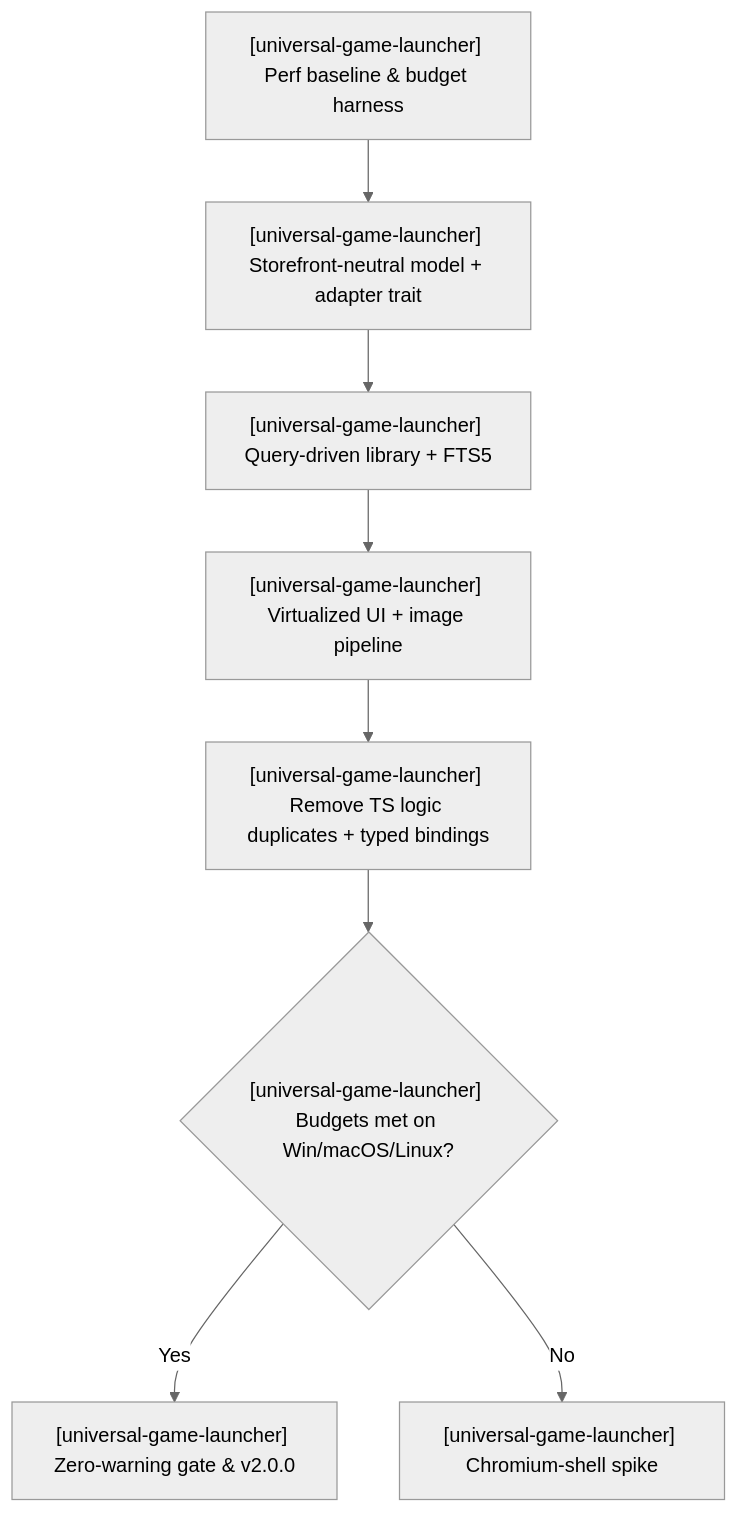
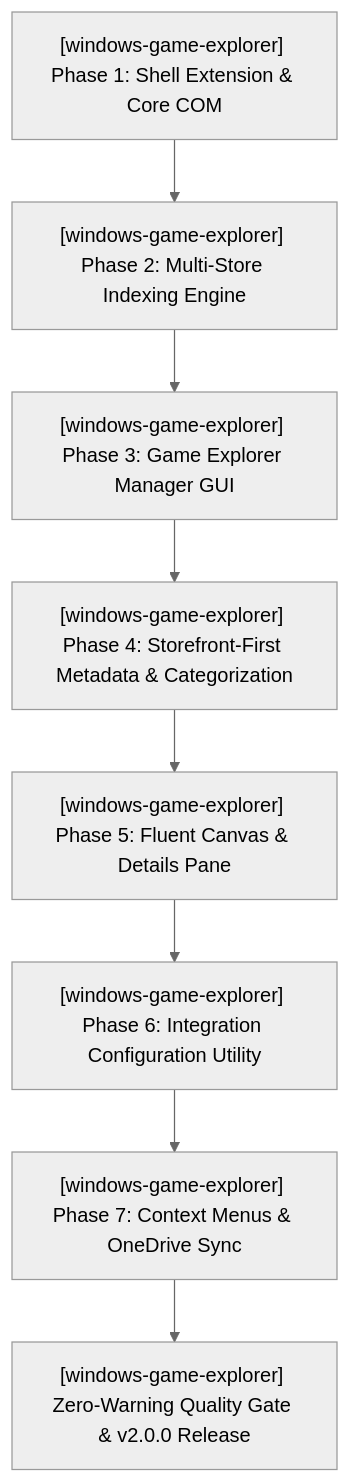
The diagram in PLAN.md (HELIX-Origin/universal-game-launcher), drawn with Mermaid (neutral theme) before and after one commit. The commit also changed other lines of this file and 263 other files, not shown here.

Commit message:
feat(core,shell,config): rebrand to Windows Game Explorer and sync v2.0 native C++20 rewrite

````diff
--- a/PLAN.md
+++ b/PLAN.md
@@ -24,10 +25,10 @@
 ```mermaid
 flowchart TD
-    T1["[universal-game-launcher] Perf baseline & budget harness"] --> T2["[universal-game-launcher] Storefront-neutral model + adapter trait"]
-    T2 --> T3["[universal-game-launcher] Query-driven library + FTS5"]
-    T3 --> T4["[universal-game-launcher] Virtualized UI + image pipeline"]
-    T4 --> T5["[universal-game-launcher] Remove TS logic duplicates + typed bindings"]
-    T5 --> Gate{"[universal-game-launcher] Budgets met on Win/macOS/Linux?"}
-    Gate -- Yes --> Rel["[universal-game-launcher] Zero-warning gate & v2.0.0"]
-    Gate -- No --> Shell["[universal-game-launcher] Chromium-shell spike"]
+    P1["[windows-game-explorer] Phase 1: Shell Extension & Core COM"] --> P2["[windows-game-explorer] Phase 2: Multi-Store Indexing Engine"]
+    P2 --> P3["[windows-game-explorer] Phase 3: Game Explorer Manager GUI"]
+    P3 --> P4["[windows-game-explorer] Phase 4: Storefront-First Metadata & Categorization"]
+    P4 --> P5["[windows-game-explorer] Phase 5: Fluent Canvas & Details Pane"]
+    P5 --> P6["[windows-game-explorer] Phase 6: Integration Configuration Utility"]
+    P6 --> P7["[windows-game-explorer] Phase 7: Context Menus & OneDrive Sync"]
+    P7 --> Gate["[windows-game-explorer] Zero-Warning Quality Gate & v2.0.0 Release"]
 ```
````
